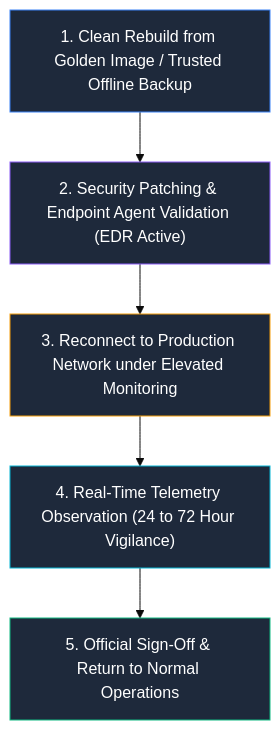
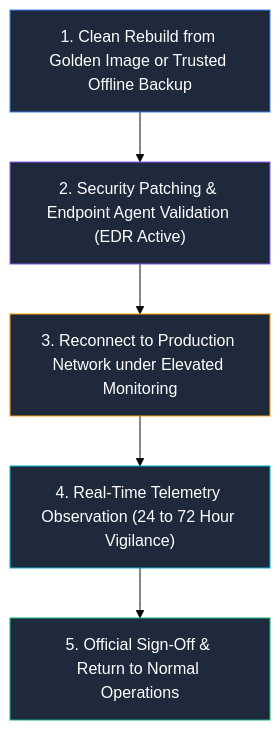
The eighth of 11 diagrams in SOC/NIST 800-61/NIST_SP_800-61_Incident_Response_Guide.MD (sivaoffl04/Cyber-Blog), drawn with Mermaid (base theme) before and after one commit. The commit also changed other lines of this file, not shown here.

Commit message:
Fix sequence diagram syntax error and enhance UI/UX with state machine and phase blocks

````diff
--- a/SOC/NIST 800-61/NIST_SP_800-61_Incident_Response_Guide.MD
+++ b/SOC/NIST 800-61/NIST_SP_800-61_Incident_Response_Guide.MD
@@ -259,14 +293,14 @@
 ```mermaid
 flowchart TD
-    Step1["1. Clean Rebuild from Golden Image / Trusted Offline Backup"]
+    Step1["1. Clean Rebuild from Golden Image or Trusted Offline Backup"]
     --> Step2["2. Security Patching & Endpoint Agent Validation (EDR Active)"]
     --> Step3["3. Reconnect to Production Network under Elevated Monitoring"]
     --> Step4["4. Real-Time Telemetry Observation (24 to 72 Hour Vigilance)"]
     --> Step5["5. Official Sign-Off & Return to Normal Operations"]
 
     style Step1 fill:#1e293b,stroke:#3b82f6,color:#fff
     style Step2 fill:#1e293b,stroke:#8b5cf6,color:#fff
     style Step3 fill:#1e293b,stroke:#f59e0b,color:#fff
     style Step4 fill:#1e293b,stroke:#06b6d4,color:#fff
     style Step5 fill:#1e293b,stroke:#10b981,color:#fff
 ```
````
